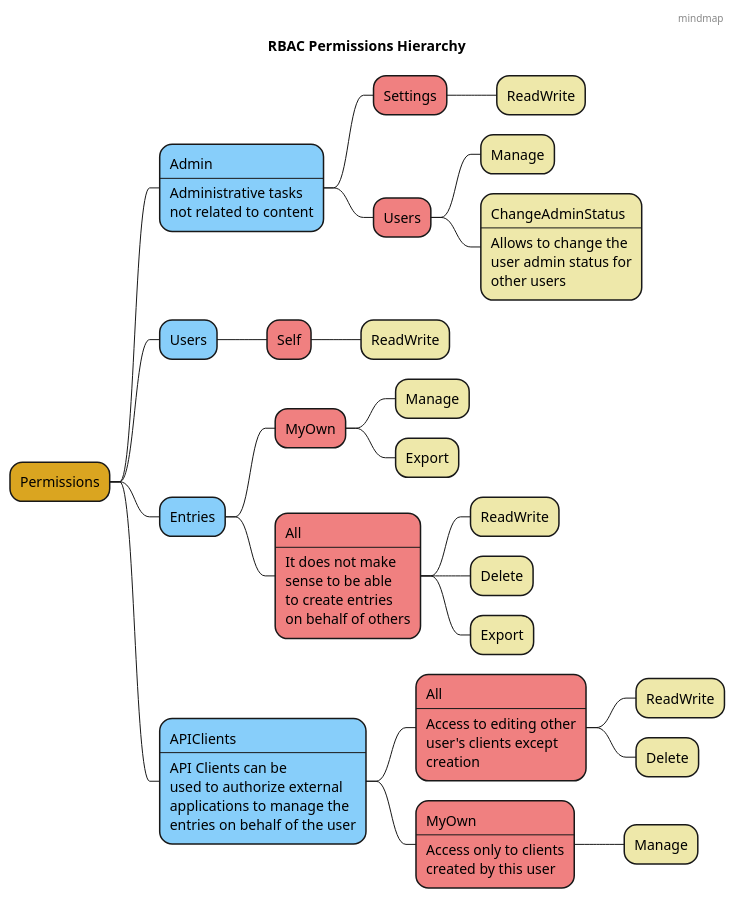
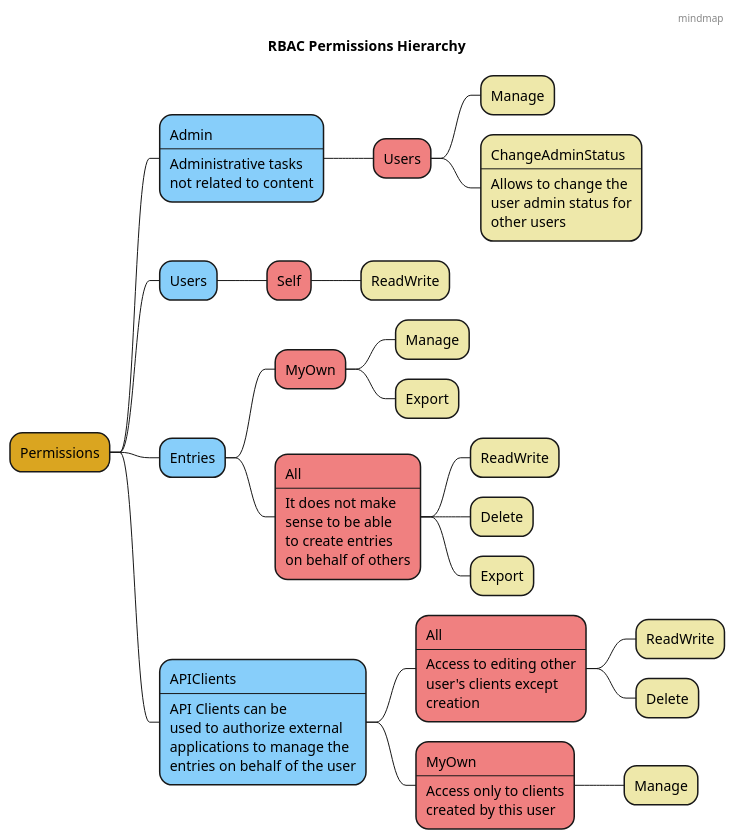
The diagram in docs/diagrams/rbac-permissions.mindmap.puml (xomiachuna/wallabago), drawn with PlantUML before and after one commit. The commit also changed 8 other files, not shown here.

First line of the commit message:
docs: Volatility based architecture (#2)

```diff
--- a/docs/diagrams/rbac-permissions.mindmap.puml
+++ b/docs/diagrams/rbac-permissions.mindmap.puml
@@ -1,79 +1,77 @@
 @startmindmap rbac-permissions-mindmap
 header mindmap
 title RBAC Permissions Hierarchy
 <style>
 mindmapDiagram {
     :depth(0) {
         BackgroundColor GoldenRod
     }
 
     :depth(1) {
         BackgroundColor LightSkyBlue
     }
 
     :depth(2) {
         BackgroundColor LightCoral
     }
 
     :depth(3) {
         BackgroundColor PaleGoldenRod
     }
 }
 </style>
 ' Permissions Start
 * Permissions
 
 **:Admin
 ----
 Administrative tasks
 not related to content;
-*** Settings
-**** ReadWrite
 *** Users
 **** Manage
 ****:ChangeAdminStatus
 ----
 Allows to change the
 user admin status for
 other users;
 
 ** Users
 *** Self
 **** ReadWrite
 
 ** Entries
 *** MyOwn
 **** Manage
 **** Export
 ***:All
 ----
 It does not make
 sense to be able
 to create entries
 on behalf of others;
 **** ReadWrite
 **** Delete
 **** Export
 
 
 **:APIClients
 ----
 API Clients can be
 used to authorize external
 applications to manage the
 entries on behalf of the user;
 ***:All
 ----
 Access to editing other
 user's clients except
 creation;
 **** ReadWrite
 **** Delete
 
 ***:MyOwn
 ----
 Access only to clients
 created by this user;
 **** Manage
 ' Permissions End
 @endmindmap
```
